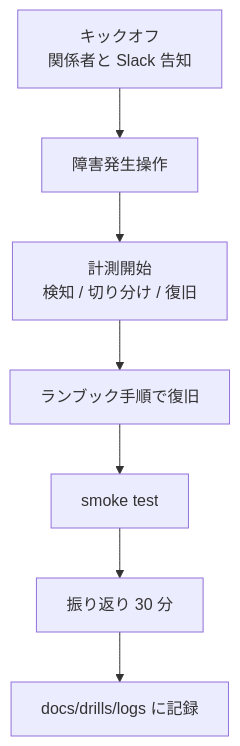
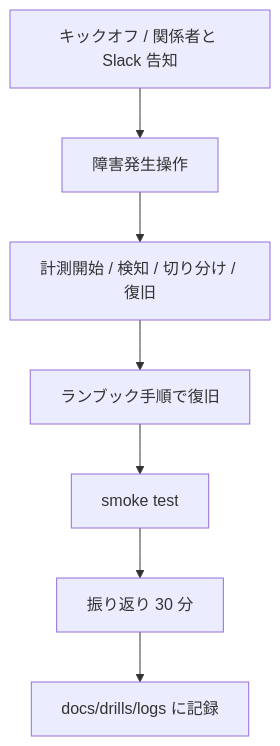
The diagram in docs/drills/README.md (ns7jp/server), drawn with Mermaid before and after one commit. The commit also changed 8 other files, not shown here.

Commit message:
Fix Mermaid diagrams on GitHub

````diff
--- a/docs/drills/README.md
+++ b/docs/drills/README.md
@@ -85,11 +85,9 @@
 ```mermaid
 flowchart TD
-    A["`キックオフ
-    関係者と Slack 告知`"] --> B[障害発生操作]
-    B --> C["`計測開始
-    検知 / 切り分け / 復旧`"]
+    A["キックオフ / 関係者と Slack 告知"] --> B[障害発生操作]
+    B --> C["計測開始 / 検知 / 切り分け / 復旧"]
     C --> D[ランブック手順で復旧]
     D --> E[smoke test]
     E --> F[振り返り 30 分]
     F --> G[docs/drills/logs に記録]
 ```
````
